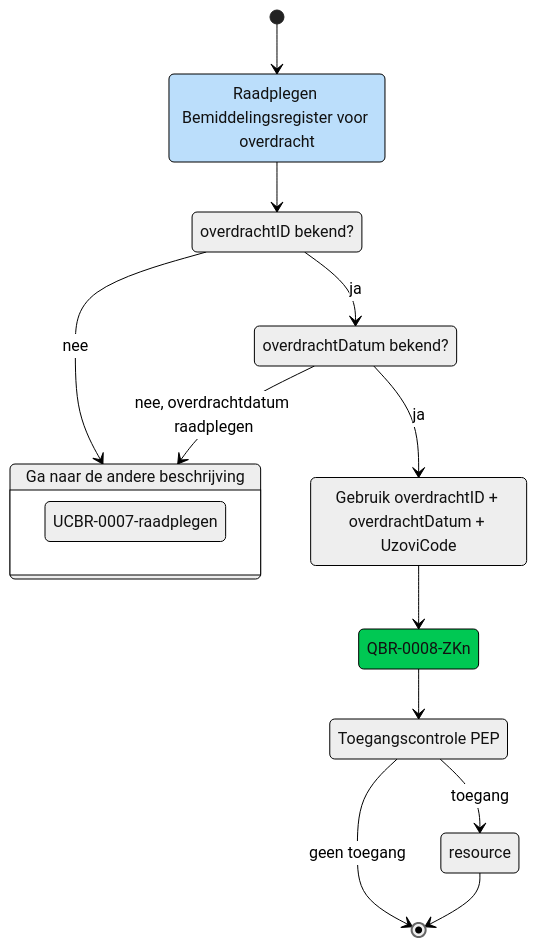
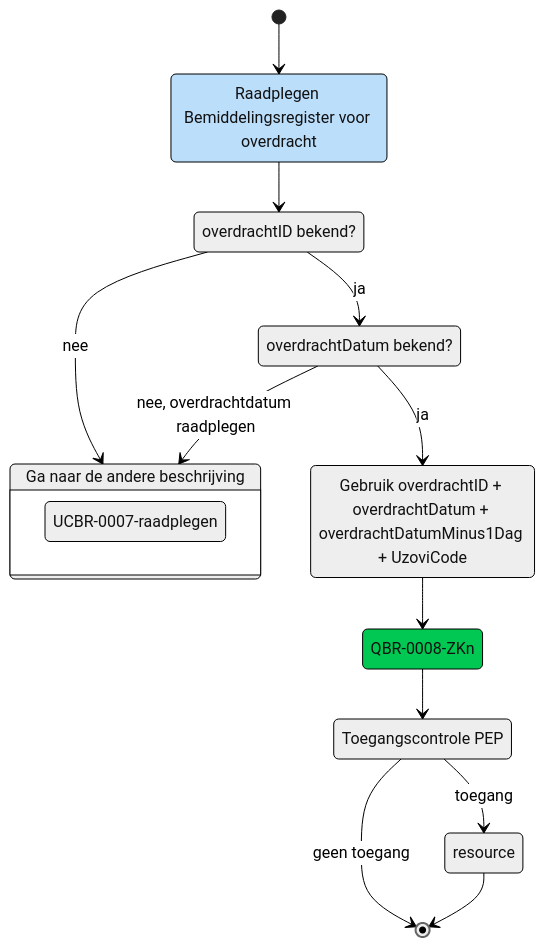
Before and after one commit to iStandaarden/iWlz-bemiddeling: the second of 2 diagrams in raadplegen/zorgkantoor/UCBR-0008-raadplegen.md, drawn with Mermaid. The commit also changed other lines of this file, not shown here.

Commit message:
Update UCBR-0008-raadplegen.md
wijzigingen komend uit B129 doorgevoerd in UCBR-0008-raadplegen, verplichte parameter `overdrachtDatumMinus1Dag` doorgevoerd in proces en tabel

````diff
--- a/raadplegen/zorgkantoor/UCBR-0008-raadplegen.md
+++ b/raadplegen/zorgkantoor/UCBR-0008-raadplegen.md
@@ -54,43 +54,43 @@
 ```mermaid
 ---
 config:
   theme: neutral
   look: classic
 ---
 stateDiagram
   direction TB
 
   [*] --> raadplegen
   raadplegen --> idAvailable 
   state andereflow {
     direction TB
     anderequery
   }
   idAvailable --> andereflow:nee
   idAvailable --> datum: ja
   datum --> andereflow:nee, overdrachtdatum raadplegen
   datum --> qinput:ja
   qinput --> query
 
 
   query --> PEP
   PEP --> [*]:geen toegang
   PEP --> resource:toegang
   resource --> [*]
   raadplegen:Raadplegen Bemiddelingsregister voor overdracht
   idAvailable:overdrachtID bekend?
   andereflow:Ga naar de andere beschrijving
   anderequery: UCBR-0007-raadplegen
-  qinput: Gebruik overdrachtID + overdrachtDatum + UzoviCode
+  qinput: Gebruik overdrachtID + overdrachtDatum + overdrachtDatumMinus1Dag + UzoviCode
   query: QBR-0008-ZKn
   PEP:Toegangscontrole PEP
   datum: overdrachtDatum bekend?
 
   
 
   style raadplegen fill:#BBDEFB,color:none
   style notifyWait fill:#FFD600
   style notifyReceive fill:#C8E6C9
   style query fill:#00C853
 
 ```
````
